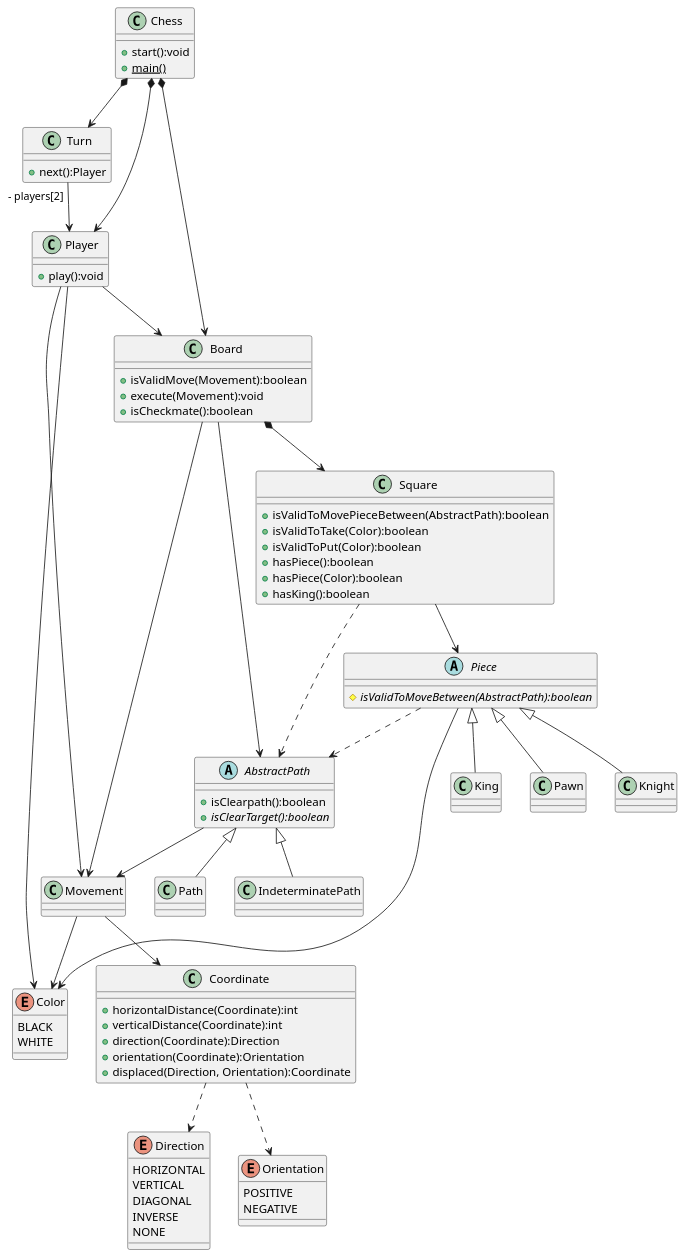
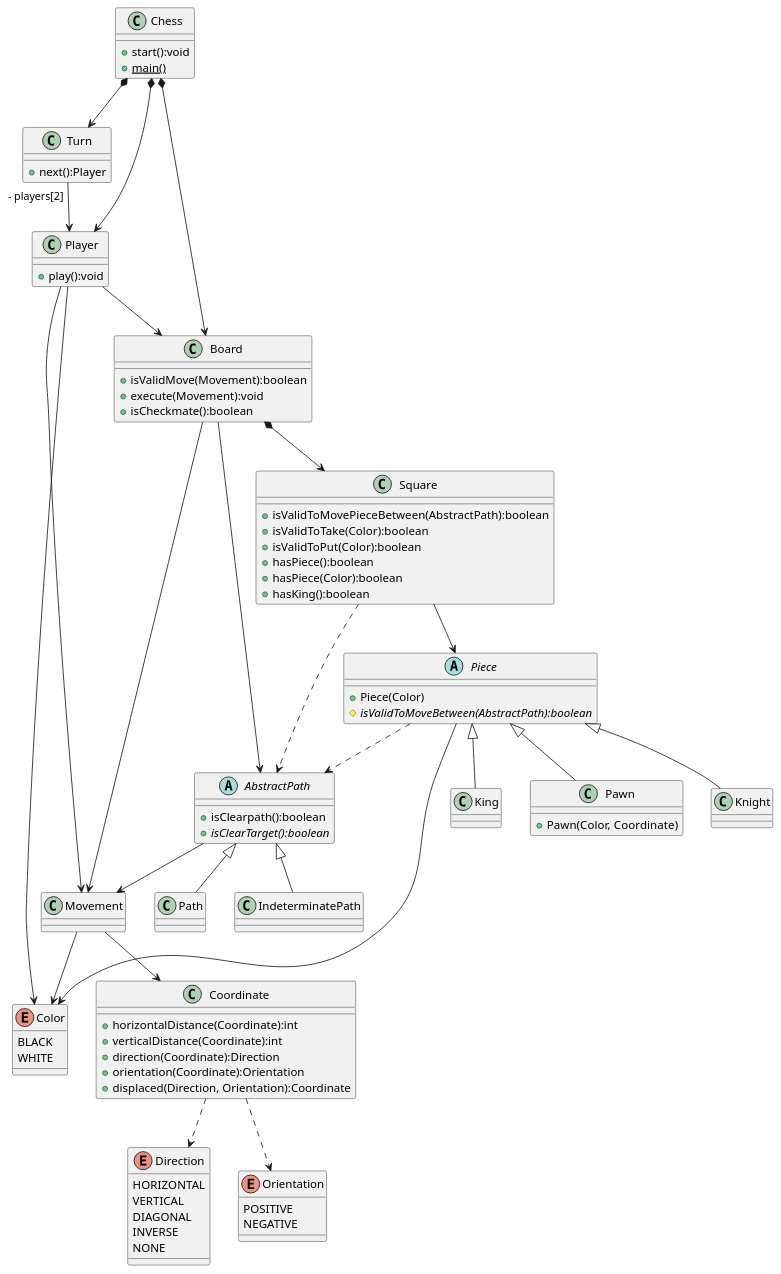
Before and after one commit to ioni5/chess: the diagram in docs/chess.puml, drawn with PlantUML. The commit also changed 1 other file, not shown here.

```diff
--- a/docs/chess.puml
+++ b/docs/chess.puml
@@ -1,98 +1,103 @@
 @startuml chess
 
 class Chess {
     + start():void
     + {static} main()
 }
 
 Chess *--> Board
 Chess *--> Player
 Chess *--> Turn
 
 Turn "- players[2]" --> Player
 
 class Turn {
     + next():Player
 }
 
 Player --> Board
 Player --> Color
 Player --> Movement
 
 Movement --> Coordinate
 Movement --> Color
 
 
 class Player {
     + play():void
 }
 
 
 class Board {
     + isValidMove(Movement):boolean
     + execute(Movement):void
     + isCheckmate():boolean
 }
 
 Board *--> Square
 Square --> Piece
 Square ..> AbstractPath
 
 class Square {
     + isValidToMovePieceBetween(AbstractPath):boolean
     + isValidToTake(Color):boolean
     + isValidToPut(Color):boolean
     + hasPiece():boolean
     + hasPiece(Color):boolean
     + hasKing():boolean
 }
 
 Board --> Movement
 Board --> AbstractPath
 Piece --> Color
 Piece ..> AbstractPath
 
 abstract class AbstractPath {
     + isClearpath():boolean
     + {abstract} isClearTarget():boolean
 }
 AbstractPath <|-- Path
 AbstractPath <|-- IndeterminatePath
 AbstractPath --> Movement
 
 abstract class Piece {
+    + Piece(Color)
     # {abstract} isValidToMoveBetween(AbstractPath):boolean
+}
+
+class Pawn {
+    + Pawn(Color, Coordinate)
 }
 
 Piece <|-- Pawn
 Piece <|-- Knight
 Piece <|-- King
 
 Enum Color {
     BLACK
     WHITE
 }
 
 class Coordinate {
     + horizontalDistance(Coordinate):int
     + verticalDistance(Coordinate):int
     + direction(Coordinate):Direction
     + orientation(Coordinate):Orientation
     + displaced(Direction, Orientation):Coordinate
 }
 Coordinate ..> Direction
 enum Direction {
     HORIZONTAL
     VERTICAL
     DIAGONAL
     INVERSE
     NONE
 }
 
 Coordinate ..> Orientation
 enum Orientation {
     POSITIVE
     NEGATIVE
 }
 
 @enduml
```
